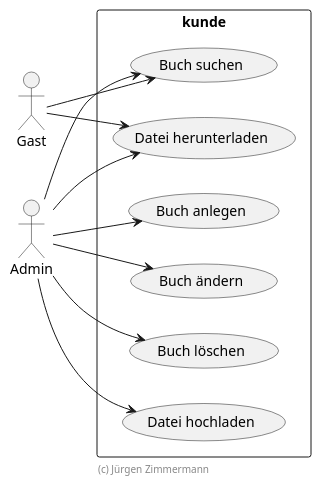
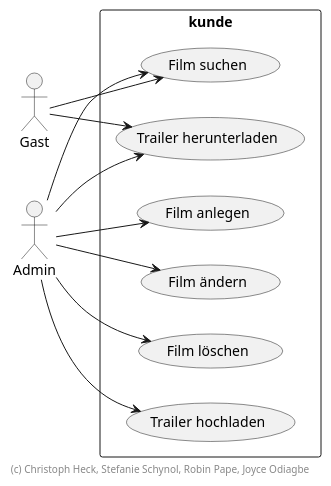
Before and after one commit to ChristophKarlHeck/SWE-Abgabe-1-Gruppe-1: the diagram in doc/entwicklerhandbuch/use-cases.puml, drawn with PlantUML. The commit also changed 6 other files, not shown here.

```diff
--- a/doc/entwicklerhandbuch/use-cases.puml
+++ b/doc/entwicklerhandbuch/use-cases.puml
@@ -15,23 +15,23 @@
 @startuml Use Cases
 
 left to right direction
 skinparam packageStyle rect
 skinparam componentStyle uml2
 
 actor Gast
 actor Admin
 
 rectangle kunde {
-    Gast --> (Buch suchen)
-    Gast --> (Datei herunterladen)
-    Admin --> (Buch suchen)
-    Admin --> (Buch anlegen)
-    Admin --> (Buch ändern)
-    Admin --> (Buch löschen)
-    Admin --> (Datei hochladen)
-    Admin --> (Datei herunterladen)
+    Gast --> (Film suchen)
+    Gast --> (Trailer herunterladen)
+    Admin --> (Film suchen)
+    Admin --> (Film anlegen)
+    Admin --> (Film ändern)
+    Admin --> (Film löschen)
+    Admin --> (Trailer hochladen)
+    Admin --> (Trailer herunterladen)
 }
 
-footer (c) Jürgen Zimmermann
+footer (c) Christoph Heck, Stefanie Schynol, Robin Pape, Joyce Odiagbe
 
 @enduml
```
